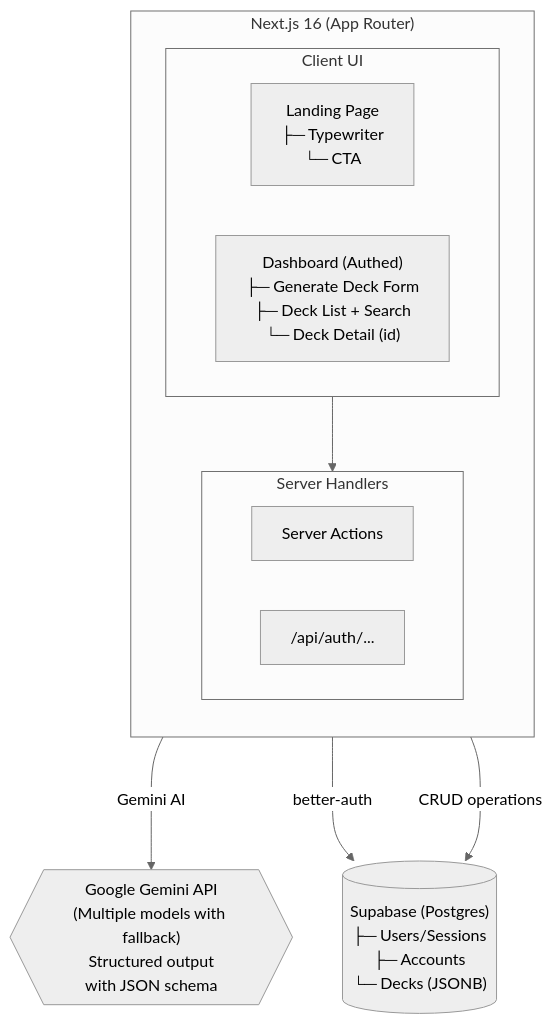
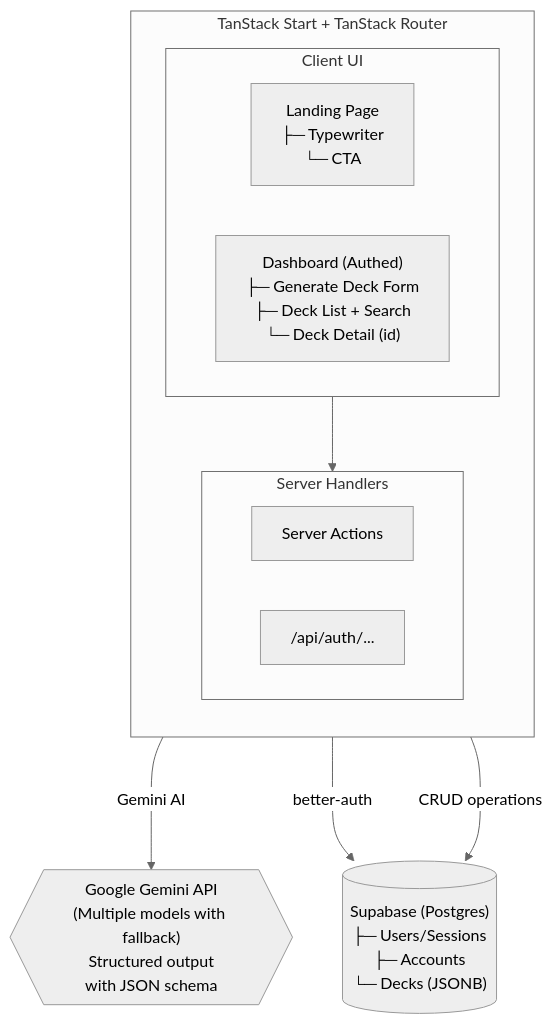
The diagram in README.md (zek01svg/vibecards), drawn with Mermaid (neutral theme) before and after one commit. The commit also changed other lines of this file, not shown here.

First line of the commit message:
docs: update readme for tanstack start and tanstack ai migration

````diff
--- a/README.md
+++ b/README.md
@@ -13,27 +13,27 @@
 ```mermaid
 flowchart TD
-    subgraph NextJS["Next.js 16 (App Router)"]
+    subgraph NextJS["TanStack Start + TanStack Router"]
         direction TB
 
         subgraph Pages["Client UI"]
             direction LR
             Landing["Landing Page<br/>├─ Typewriter<br/>└─ CTA"]
             Dashboard["Dashboard (Authed)<br/>├─ Generate Deck Form<br/>├─ Deck List + Search<br/>└─ Deck Detail (id)"]
         end
 
         subgraph Server["Server Handlers"]
             direction LR
             ServerActions["Server Actions"]
             AuthAPI["/api/auth/..."]
         end
 
     Pages --> Server
     end
 
     Supabase[("Supabase (Postgres)<br/>├─ Users/Sessions<br/>├─ Accounts<br/>└─ Decks (JSONB)")]
     Gemini{{"Google Gemini API<br/>(Multiple models with fallback)<br/>Structured output<br/>with JSON schema"}}
 
     ServerActions -- "Gemini AI" ---> Gemini
     AuthAPI -- "better-auth" ---> Supabase
     ServerActions -- "CRUD operations" ---> Supabase
 ```
````
